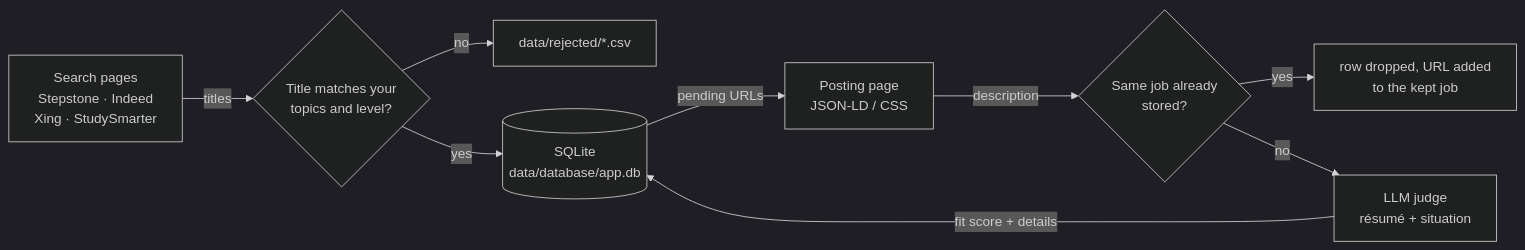
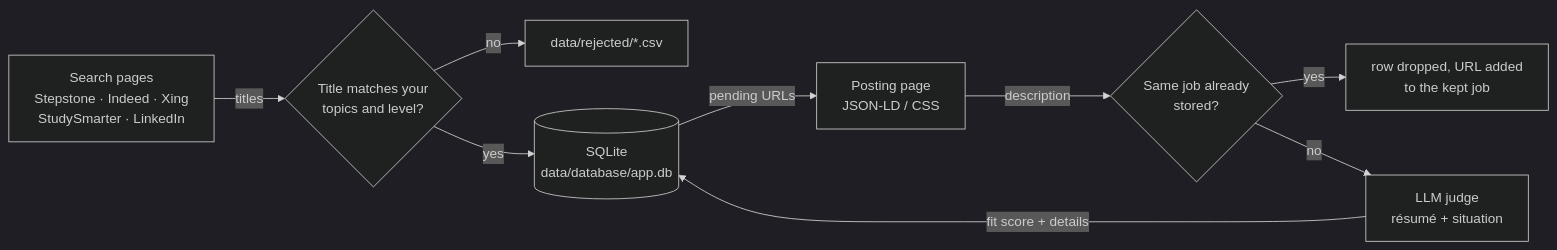
One commit to Devashish-Pisal/multi-source-job-aggregator changed the diagram in README.md. Above: the diagram before and after it, drawn with Mermaid (dark theme). The commit also changed other lines of this file and 14 other files, not shown here.

````diff
--- a/README.md
+++ b/README.md
@@ -5,11 +5,11 @@
 ```mermaid
 flowchart LR
-    A[Search pages<br/>Stepstone · Indeed<br/>Xing · StudySmarter] -->|titles| B{Title matches your<br/>topics and level?}
+    A[Search pages<br/>Stepstone · Indeed · Xing<br/>StudySmarter · LinkedIn] -->|titles| B{Title matches your<br/>topics and level?}
     B -->|no| R[data/rejected/*.csv]
     B -->|yes| D[(SQLite<br/>data/database/app.db)]
     D -->|pending URLs| E[Posting page<br/>JSON-LD / CSS]
     E -->|description| F{Same job already<br/>stored?}
     F -->|yes| G[row dropped, URL added<br/>to the kept job]
     F -->|no| H[LLM judge<br/>résumé + situation]
     H -->|fit score + details| D
 ```
````
